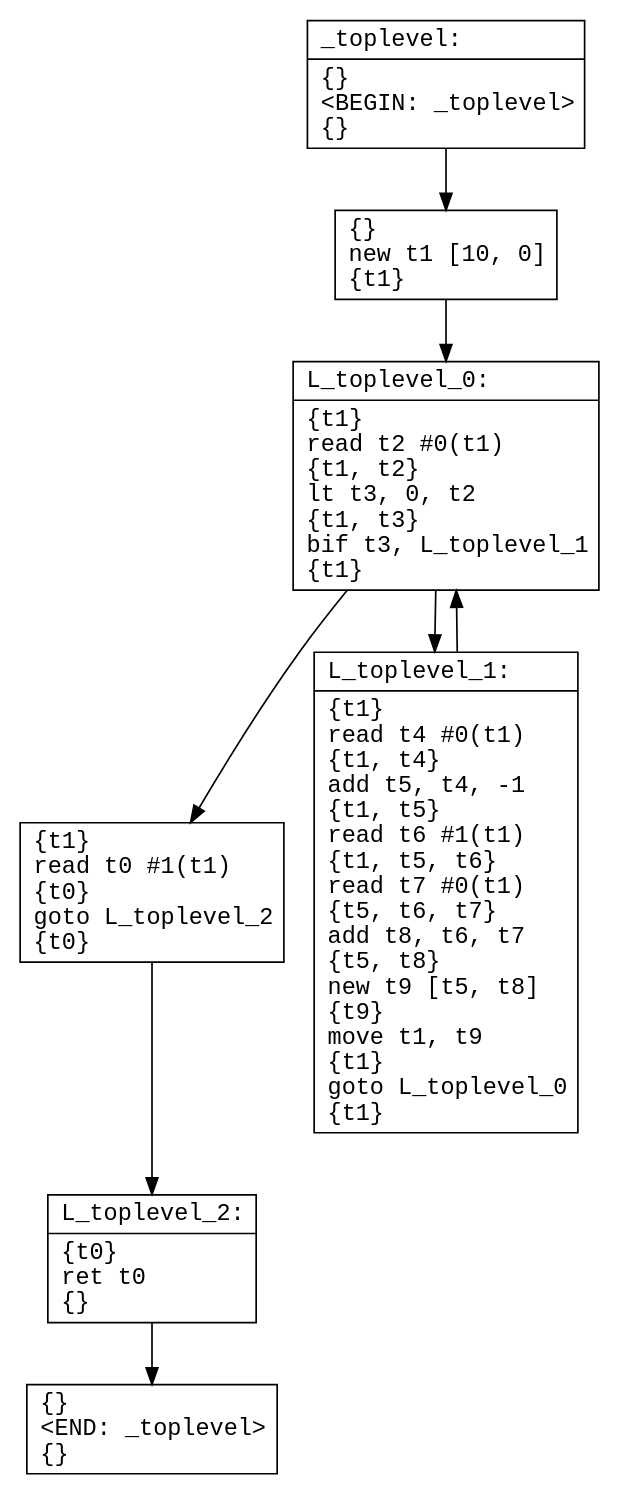
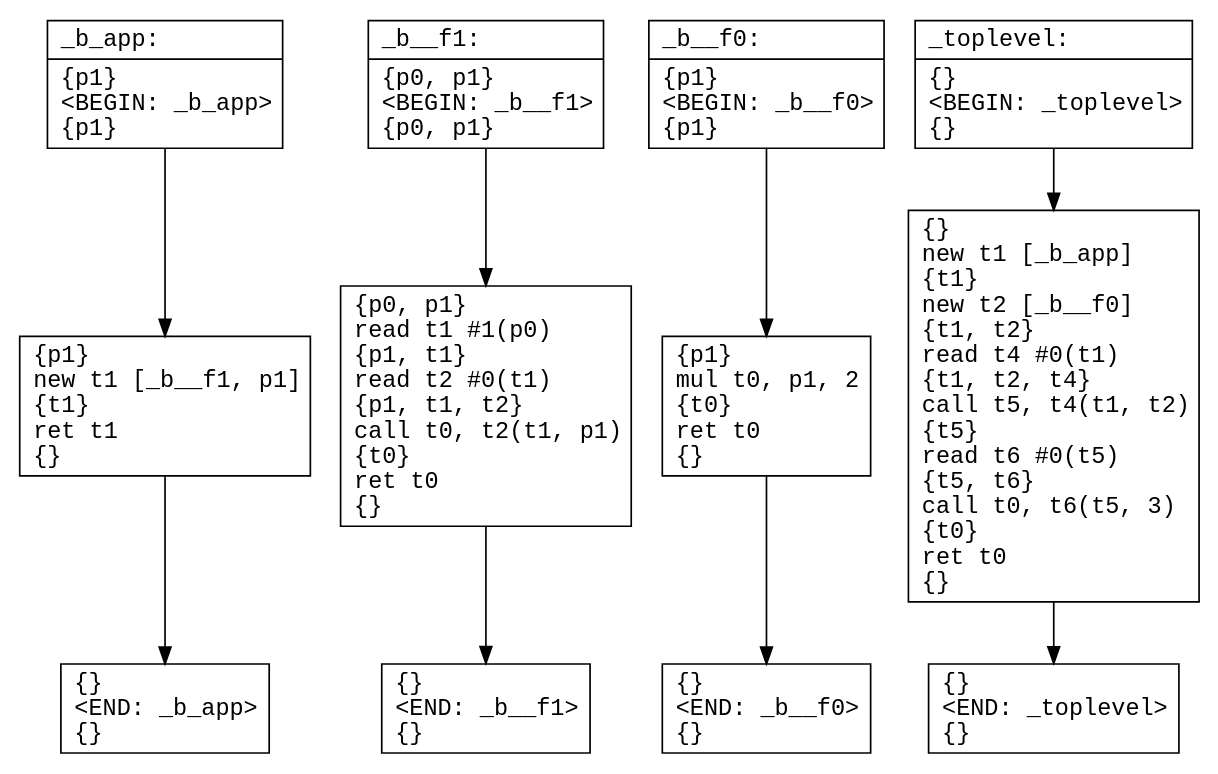
One commit to ore-puzzle/le4com changed the diagram in code/cfg_tmp.dot. Above: the diagram before and after it, drawn with Graphviz. The commit also changed 18 other files, not shown here.

```diff
--- a/code/cfg_tmp.dot
+++ b/code/cfg_tmp.dot
@@ -1,18 +1,30 @@
 digraph CFG {
   node [shape=record fontname="courier"]
+  _b_app0 [label="{_b_app:\l|\{p1\}\l\<BEGIN: _b_app\>\l\{p1\}\l}"];
+  _b_app1 [label="{\{p1\}\lnew  t1 [_b__f1, p1]\l\{t1\}\lret  t1\l\{\}\l}"];
+  _b_app2 [label="{\{\}\l\<END: _b_app\>\l\{\}\l}"];
+
+  _b_app0 -> _b_app1
+  _b_app1 -> _b_app2
+  
+  _b__f10 [label="{_b__f1:\l|\{p0, p1\}\l\<BEGIN: _b__f1\>\l\{p0, p1\}\l}"];
+  _b__f11 [label="{\{p0, p1\}\lread  t1 #1(p0)\l\{p1, t1\}\lread  t2 #0(t1)\l\{p1, t1, t2\}\lcall  t0, t2(t1, p1)\l\{t0\}\lret  t0\l\{\}\l}"];
+  _b__f12 [label="{\{\}\l\<END: _b__f1\>\l\{\}\l}"];
+
+  _b__f10 -> _b__f11
+  _b__f11 -> _b__f12
+  
+  _b__f00 [label="{_b__f0:\l|\{p1\}\l\<BEGIN: _b__f0\>\l\{p1\}\l}"];
+  _b__f01 [label="{\{p1\}\lmul  t0, p1, 2\l\{t0\}\lret  t0\l\{\}\l}"];
+  _b__f02 [label="{\{\}\l\<END: _b__f0\>\l\{\}\l}"];
+
+  _b__f00 -> _b__f01
+  _b__f01 -> _b__f02
+  
   _toplevel0 [label="{_toplevel:\l|\{\}\l\<BEGIN: _toplevel\>\l\{\}\l}"];
-  _toplevel1 [label="{\{\}\lnew  t1 [10, 0]\l\{t1\}\l}"];
-  _toplevel2 [label="{L_toplevel_0:\l|\{t1\}\lread  t2 #0(t1)\l\{t1, t2\}\llt  t3, 0, t2\l\{t1, t3\}\lbif  t3, L_toplevel_1\l\{t1\}\l}"];
-  _toplevel3 [label="{\{t1\}\lread  t0 #1(t1)\l\{t0\}\lgoto  L_toplevel_2\l\{t0\}\l}"];
-  _toplevel4 [label="{L_toplevel_1:\l|\{t1\}\lread  t4 #0(t1)\l\{t1, t4\}\ladd  t5, t4, -1\l\{t1, t5\}\lread  t6 #1(t1)\l\{t1, t5, t6\}\lread  t7 #0(t1)\l\{t5, t6, t7\}\ladd  t8, t6, t7\l\{t5, t8\}\lnew  t9 [t5, t8]\l\{t9\}\lmove  t1, t9\l\{t1\}\lgoto  L_toplevel_0\l\{t1\}\l}"];
-  _toplevel5 [label="{L_toplevel_2:\l|\{t0\}\lret  t0\l\{\}\l}"];
-  _toplevel6 [label="{\{\}\l\<END: _toplevel\>\l\{\}\l}"];
+  _toplevel1 [label="{\{\}\lnew  t1 [_b_app]\l\{t1\}\lnew  t2 [_b__f0]\l\{t1, t2\}\lread  t4 #0(t1)\l\{t1, t2, t4\}\lcall  t5, t4(t1, t2)\l\{t5\}\lread  t6 #0(t5)\l\{t5, t6\}\lcall  t0, t6(t5, 3)\l\{t0\}\lret  t0\l\{\}\l}"];
+  _toplevel2 [label="{\{\}\l\<END: _toplevel\>\l\{\}\l}"];
 
   _toplevel0 -> _toplevel1
   _toplevel1 -> _toplevel2
-  _toplevel2 -> _toplevel4
-  _toplevel2 -> _toplevel3
-  _toplevel3 -> _toplevel5
-  _toplevel4 -> _toplevel2
-  _toplevel5 -> _toplevel6
   }
```
